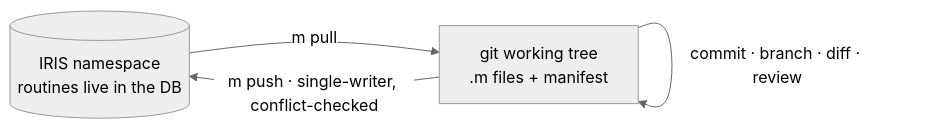
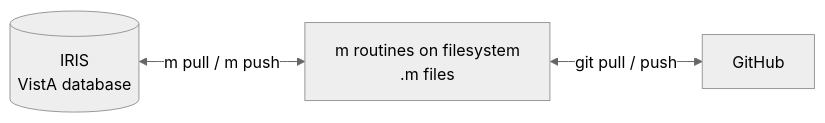
One commit to vista-cloud-dev/.github changed the first of 6 diagrams in profile/README.md. Above: the diagram before and after it, drawn with Mermaid (neutral theme). The commit also changed other lines of this file, not shown here.

Commit message:
docs: version-control diagram as IRIS <-> filesystem <-> GitHub round-trip

````diff
--- a/profile/README.md
+++ b/profile/README.md
@@ -94,8 +94,8 @@
 ```mermaid
 flowchart LR
-    iris[("IRIS namespace<br/>routines live in the DB")]
-    git["git working tree<br/>.m files + manifest"]
-    iris -->|m pull| git
-    git -->|commit · branch · diff · review| git
-    git -->|"m push · single-writer, conflict-checked"| iris
+    iris[("IRIS<br/>VistA database")]
+    fs["m routines on filesystem<br/>.m files"]
+    gh["GitHub"]
+    iris <-->|m pull / m push| fs
+    fs <-->|git pull / push| gh
 ```
````
